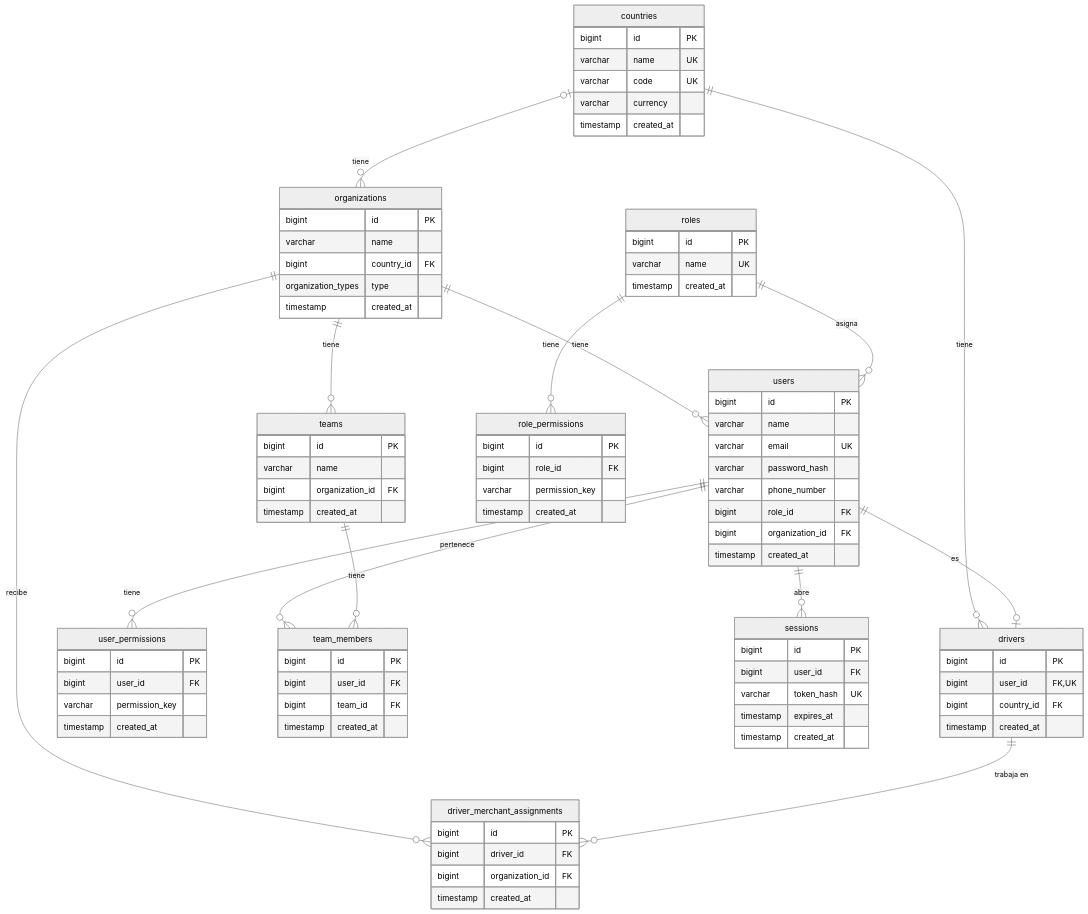
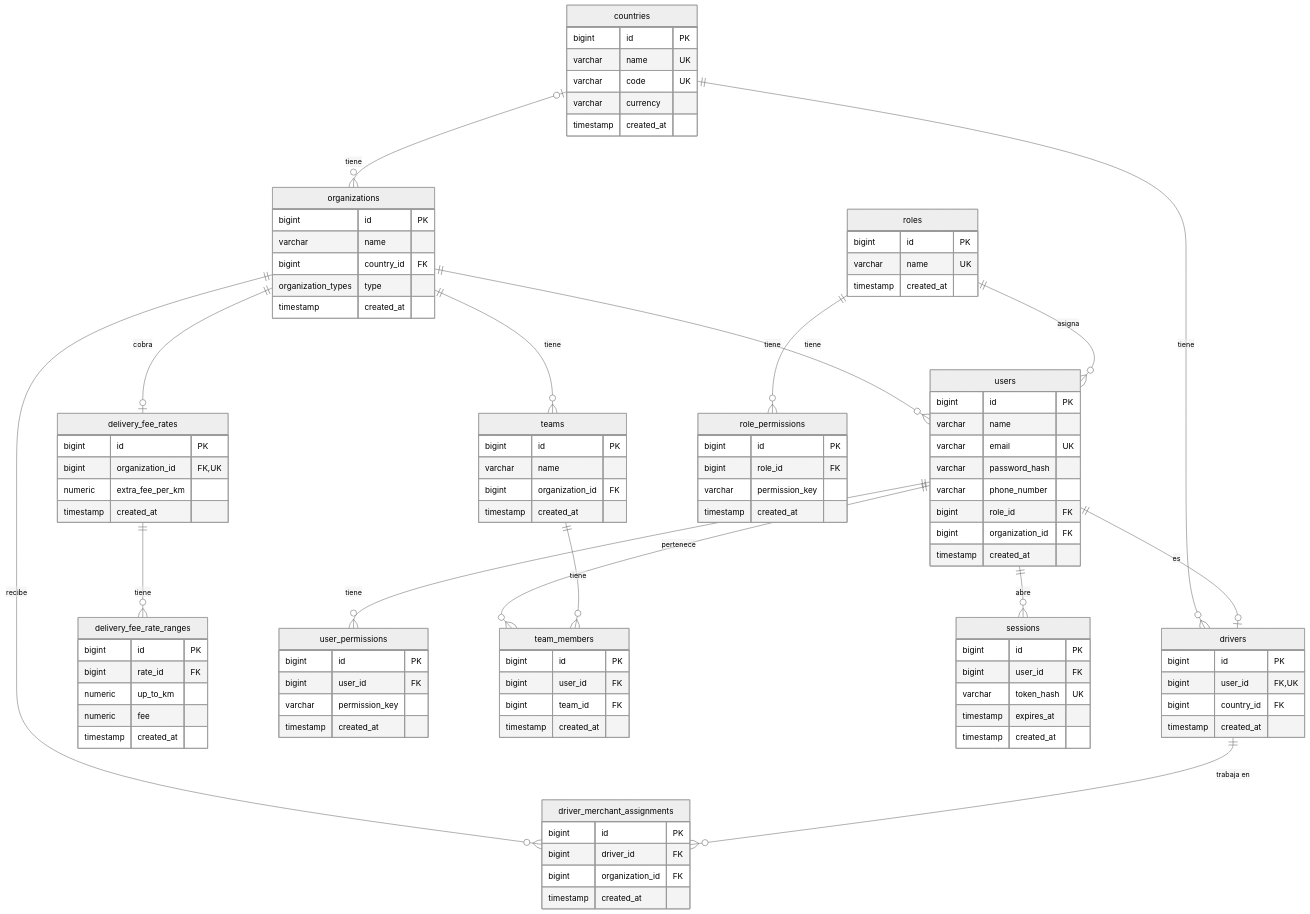
One commit to germandbl/vola changed the diagram in docs/modelo-datos.md. Above: the diagram before and after it, drawn with Mermaid (neutral theme). The commit also changed other lines of this file and 55 other files, not shown here.

First line of the commit message:
Add delivery fee management, closes #32

```diff
--- a/docs/modelo-datos.md
+++ b/docs/modelo-datos.md
@@ -9,6 +9,8 @@
   organizations ||--o{ users : "tiene"
   organizations ||--o{ teams : "tiene"
   organizations ||--o{ driver_merchant_assignments : "recibe"
+  organizations ||--o| delivery_fee_rates : "cobra"
+  delivery_fee_rates ||--o{ delivery_fee_rate_ranges : "tiene"
   roles ||--o{ users : "asigna"
   roles ||--o{ role_permissions : "tiene"
   users ||--o{ user_permissions : "tiene"
@@ -83,6 +85,19 @@
     bigint team_id FK
     timestamp created_at
   }
+  delivery_fee_rates {
+    bigint id PK
+    bigint organization_id FK, UK
+    numeric extra_fee_per_km
+    timestamp created_at
+  }
+  delivery_fee_rate_ranges {
+    bigint id PK
+    bigint rate_id FK
+    numeric up_to_km
+    numeric fee
+    timestamp created_at
+  }
   sessions {
     bigint id PK
     bigint user_id FK
```
